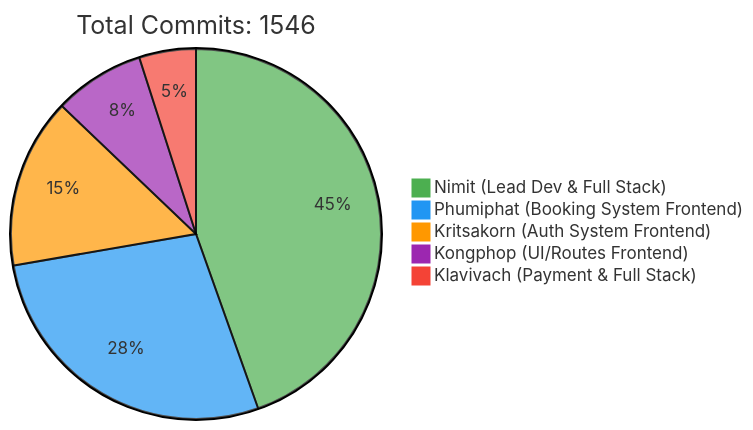
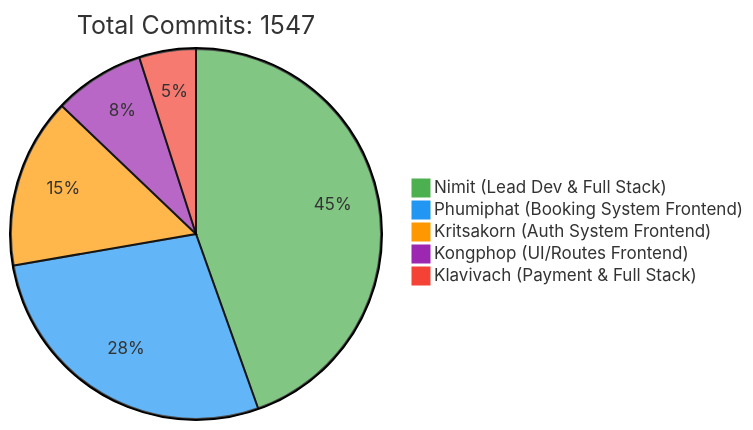
Before and after one commit to 6531503042/Sport-Complex: the first of 2 diagrams in README.md, drawn with Mermaid. The commit also changed other lines of this file, not shown here.

Commit message:
docs: Update contributor statistics [skip ci]

````diff
--- a/README.md
+++ b/README.md
@@ -257,10 +257,10 @@
 ```mermaid
 %%{init: {'theme': 'base', 'themeVariables': { 'pie1': '#4CAF50', 'pie2': '#2196F3', 'pie3': '#FF9800', 'pie4': '#9C27B0', 'pie5': '#F44336'}}}%%
 pie
-    title Total Commits: 1546
+    title Total Commits: 1547
     "Nimit (Lead Dev & Full Stack)" : 450
     "Phumiphat (Booking System Frontend)" : 280
     "Kritsakorn (Auth System Frontend)" : 150
     "Kongphop (UI/Routes Frontend)" : 80
     "Klavivach (Payment & Full Stack)" : 50
 ```
````
